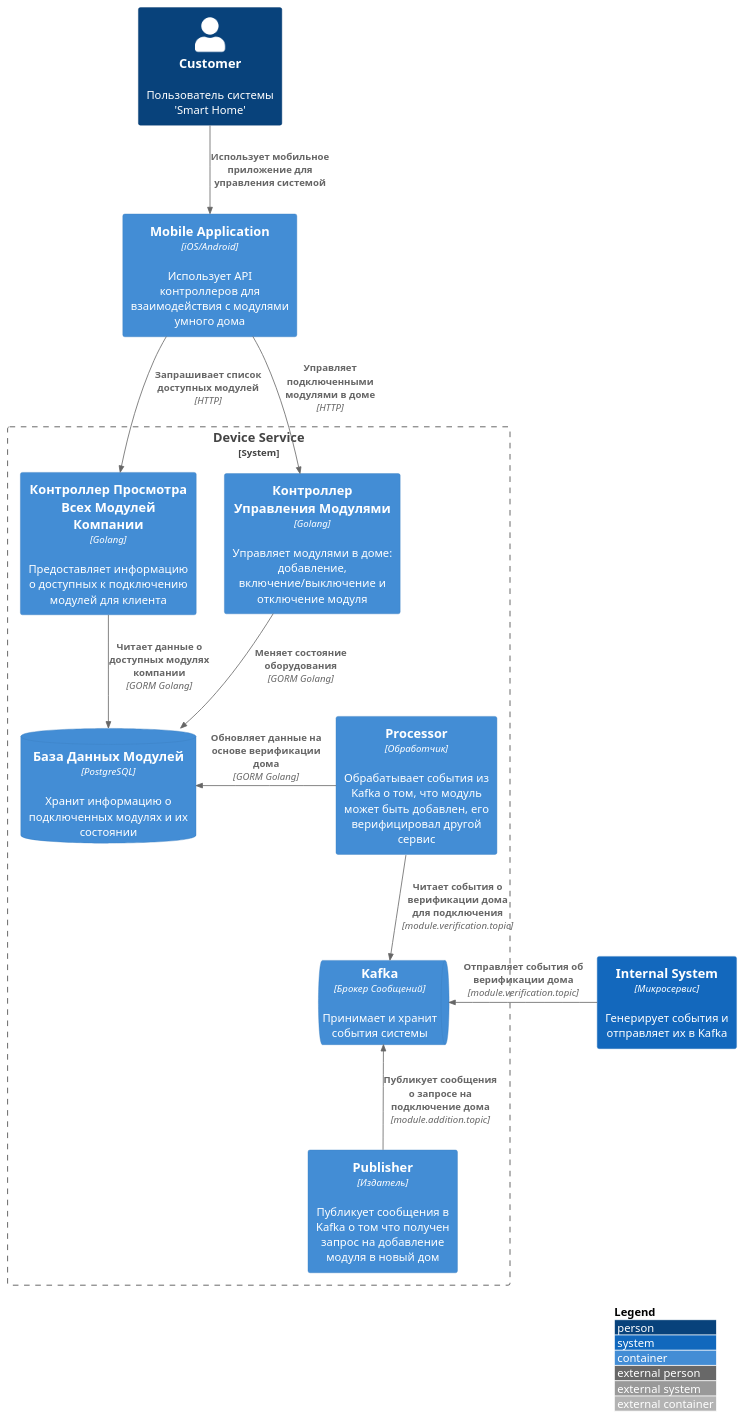
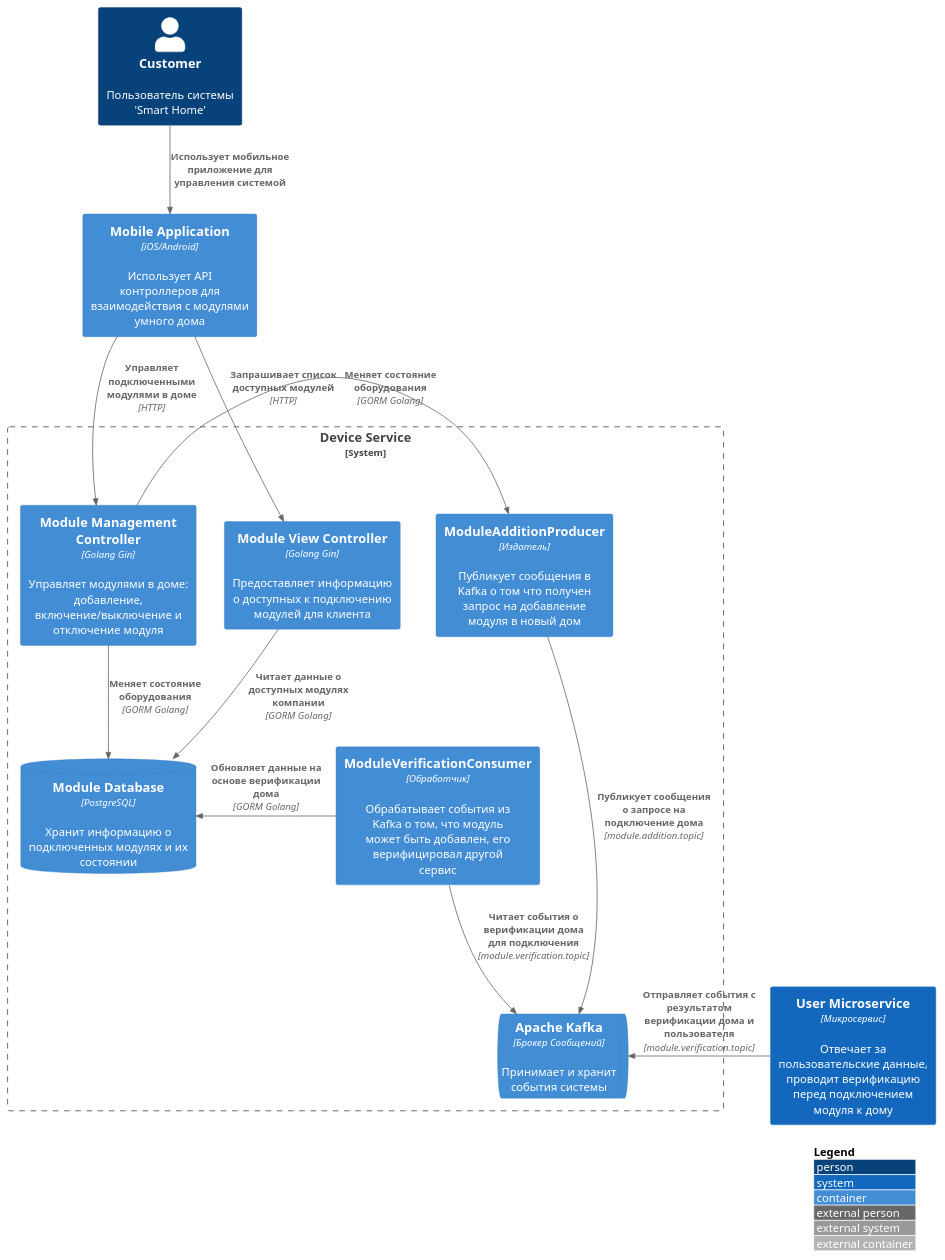
Before and after one commit to baydinvladislav/architecture-sprint-3: the diagram in smart-home-monolith/diagrams/component/Component_CleverVillageSystem_DeviceService.puml, drawn with PlantUML.

Commit message:
change naming

```diff
--- a/smart-home-monolith/diagrams/component/Component_CleverVillageSystem_DeviceService.puml
+++ b/smart-home-monolith/diagrams/component/Component_CleverVillageSystem_DeviceService.puml
@@ -1,32 +1,33 @@
 @startuml
 !include <C4/C4_Container>
 
 LAYOUT_WITH_LEGEND()
 
 Person(user, "Customer", "Пользователь системы 'Smart Home'")
 Container(app_client, "Mobile Application", "iOS/Android", "Использует API контроллеров для взаимодействия с модулями умного дома")
-Container(internal_system, "Internal System", "Микросервис", "Генерирует события и отправляет их в Kafka") #1368bd
+Container(internal_system, "User Microservice", "Микросервис", "Отвечает за пользовательские данные, проводит верификацию перед подключением модуля к дому") #1368bd
 
 System_Boundary(b_system, "Device Service") {
-    Container(controller_modules_view, "Контроллер Просмотра Всех Модулей Компании", "Golang", "Предоставляет информацию о доступных к подключению модулей для клиента")
-    Container(controller_module_management, "Контроллер Управления Модулями", "Golang", "Управляет модулями в доме: добавление, включение/выключение и отключение модуля")
+    Container(controller_modules_view, "Module View Controller", "Golang Gin", "Предоставляет информацию о доступных к подключению модулей для клиента")
+    Container(controller_module_management, "Module Management Controller", "Golang Gin", "Управляет модулями в доме: добавление, включение/выключение и отключение модуля")
 
-    Container(publisher, "Publisher", "Издатель", "Публикует сообщения в Kafka о том что получен запрос на добавление модуля в новый дом")
-    Container(processor, "Processor", "Обработчик", "Обрабатывает события из Kafka о том, что модуль может быть добавлен, его верифицировал другой сервис")
+    Container(publisher, "ModuleAdditionProducer", "Издатель", "Публикует сообщения в Kafka о том что получен запрос на добавление модуля в новый дом")
+    Container(processor, "ModuleVerificationConsumer", "Обработчик", "Обрабатывает события из Kafka о том, что модуль может быть добавлен, его верифицировал другой сервис")
 
-    ContainerDb(modules_db, "База Данных Модулей", "PostgreSQL", "Хранит информацию о подключенных модулях и их состоянии")
-    ContainerQueue(kafka_broker, "Kafka", "Брокер Сообщений", "Принимает и хранит события системы")
+    ContainerDb(modules_db, "Module Database", "PostgreSQL", "Хранит информацию о подключенных модулях и их состоянии")
+    ContainerQueue(kafka_broker, "Apache Kafka", "Брокер Сообщений", "Принимает и хранит события системы")
 }
 
 Rel(app_client, controller_modules_view, "Запрашивает список доступных модулей", "HTTP")
 Rel(app_client, controller_module_management, "Управляет подключенными модулями в доме", "HTTP")
 
 Rel(user, app_client, "Использует мобильное приложение для управления системой")
 Rel(controller_modules_view, modules_db, "Читает данные о доступных модулях компании", "GORM Golang")
 Rel(controller_module_management, modules_db, "Меняет состояние оборудования", "GORM Golang")
-Rel_L(internal_system, kafka_broker, "Отправляет события об верификации дома", "module.verification.topic")
+Rel_L(controller_module_management, publisher, "Меняет состояние оборудования", "GORM Golang")
+Rel_L(internal_system, kafka_broker, "Отправляет события с результатом верификации дома и пользователя", "module.verification.topic")
 Rel_U(publisher, kafka_broker, "Публикует сообщения о запросе на подключение дома", "module.addition.topic")
 Rel(processor, kafka_broker, "Читает события о верификации дома для подключения", "module.verification.topic")
 Rel_L(processor, modules_db, "Обновляет данные на основе верификации дома", "GORM Golang")
 
 @enduml
```
